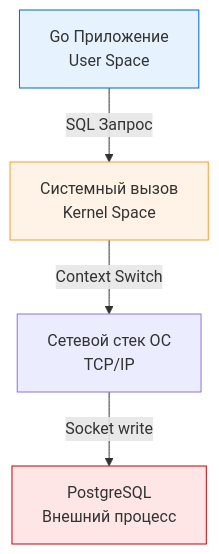
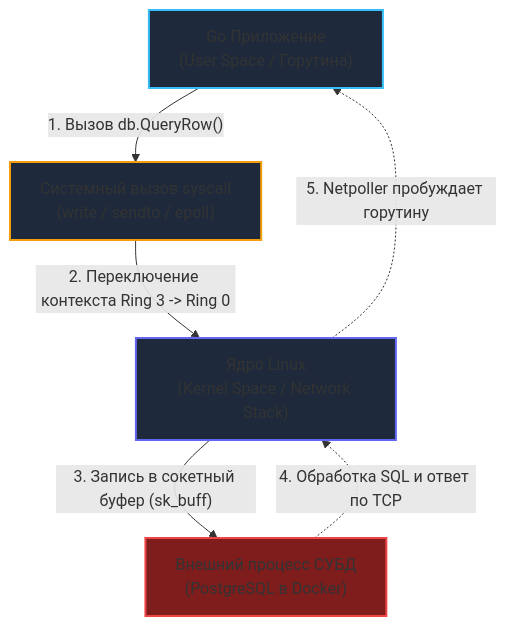
One commit to UnrealTemplier/go-textbook changed the first of 2 diagrams in sources/15. Тестирование в Go (QA & Testing)/01. Фундамент/2. Виды тестирования. Unit, Integration, E2E.md. Above: the diagram before and after it, drawn with Mermaid. The commit also changed other lines of this file, not shown here.

````diff
--- a/sources/15. Тестирование в Go (QA & Testing)/01. Фундамент/2. Виды тестирования. Unit, Integration, E2E.md
+++ b/sources/15. Тестирование в Go (QA & Testing)/01. Фундамент/2. Виды тестирования. Unit, Integration, E2E.md
@@ -73,15 +88,18 @@
 ```mermaid
 flowchart TD
-    GoApp["Go Приложение <br> User Space"]
-    Syscall["Системный вызов <br> Kernel Space"]
-    Network["Сетевой стек ОС <br> TCP/IP"]
-    DB["PostgreSQL <br> Внешний процесс"]
+    GoApp["Go Приложение<br>(User Space / Горутина)"]
+    Syscall["Системный вызов syscall<br>(write / sendto / epoll)"]
+    Kernel["Ядро Linux<br>(Kernel Space / Network Stack)"]
+    DB["Внешний процесс СУБД<br>(PostgreSQL в Docker)"]
 
-    GoApp -->|"SQL Запрос"| Syscall
-    Syscall -->|"Context Switch"| Network
-    Network -->|"Socket write"| DB
-    
-    style GoApp fill:#e6f3ff,stroke:#0066cc
-    style DB fill:#ffe6e6,stroke:#cc0000
-    style Syscall fill:#fff2e6,stroke:#ff9933
+    GoApp -->|"1. Вызов db.QueryRow()"| Syscall
+    Syscall -->|"2. Переключение контекста Ring 3 -> Ring 0"| Kernel
+    Kernel -->|"3. Запись в сокетный буфер (sk_buff)"| DB
+    DB -.->|"4. Обработка SQL и ответ по TCP"| Kernel
+    Kernel -.->|"5. Netpoller пробуждает горутину"| GoApp
+
+    style GoApp fill:#1e293b,stroke:#38bdf8,stroke-width:2px
+    style Syscall fill:#1e293b,stroke:#f59e0b,stroke-width:2px
+    style Kernel fill:#1e293b,stroke:#6366f1,stroke-width:2px
+    style DB fill:#7f1d1d,stroke:#ef4444,stroke-width:2px
 ```
````
